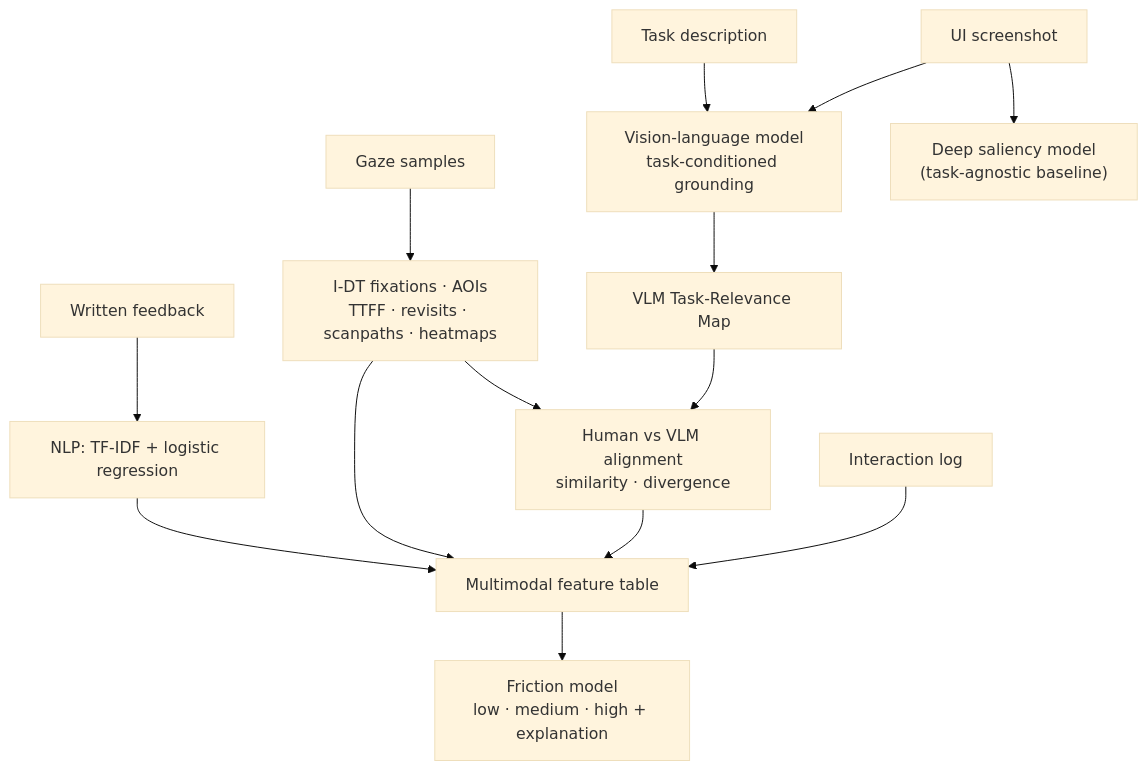
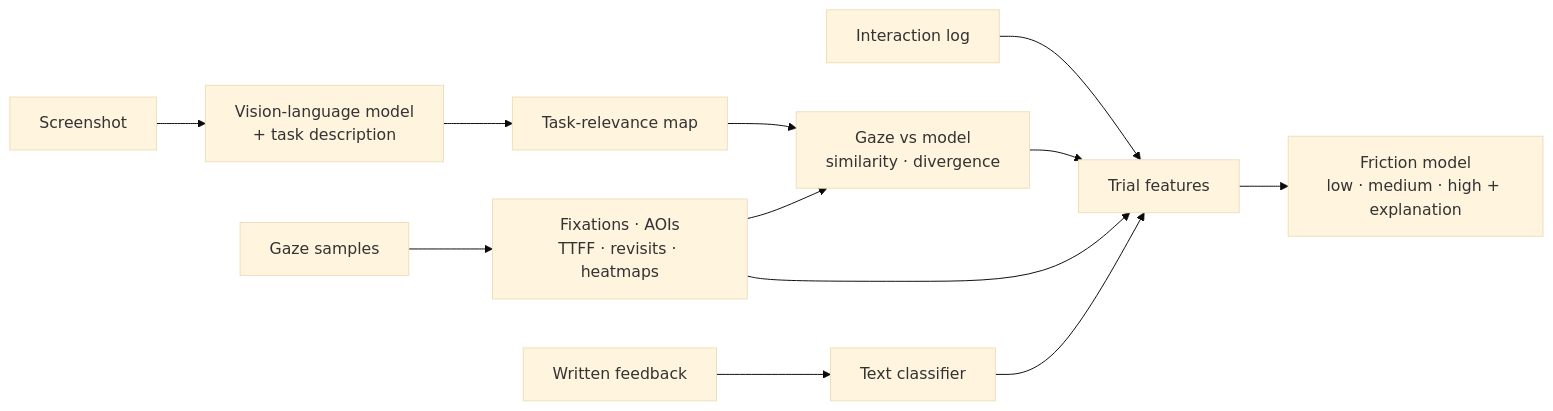
Before and after one commit to morvaridkaviani/GazeGrounded-UX: the diagram in README.md, drawn with Mermaid (base theme). The commit also changed other lines of this file and 163 other files, not shown here.

````diff
--- a/README.md
+++ b/README.md
@@ -48,16 +84,14 @@
 ```mermaid
-flowchart TB
-    S[UI screenshot] --> V["Vision-language model<br/>task-conditioned grounding"]
-    T[Task description] --> V
-    V --> M[VLM Task-Relevance Map]
-    G[Gaze samples] --> F["I-DT fixations · AOIs<br/>TTFF · revisits · scanpaths · heatmaps"]
-    M --> A["Human vs VLM alignment<br/>similarity · divergence"]
+flowchart LR
+    S[Screenshot] --> V["Vision-language model<br/>+ task description"]
+    V --> M[Task-relevance map]
+    G[Gaze samples] --> F["Fixations · AOIs<br/>TTFF · revisits · heatmaps"]
+    M --> A["Gaze vs model<br/>similarity · divergence"]
     F --> A
-    S --> D["Deep saliency model<br/>(task-agnostic baseline)"]
-    I[Interaction log] --> X[Multimodal feature table]
-    U[Written feedback] --> N["NLP: TF-IDF + logistic regression"]
+    I[Interaction log] --> X[Trial features]
+    U[Written feedback] --> N[Text classifier]
     A --> X
     F --> X
     N --> X
     X --> R["Friction model<br/>low · medium · high + explanation"]
 ```
````
